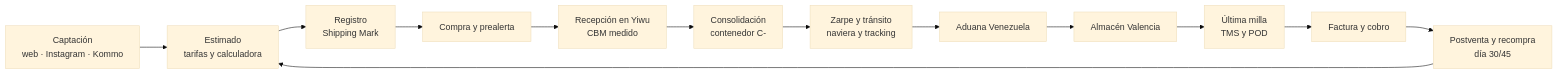
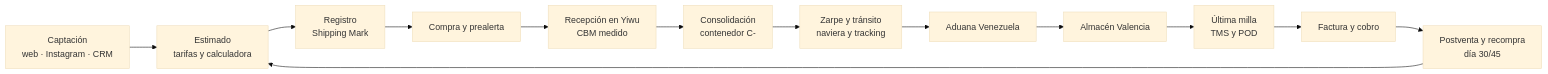
The first of 3 diagrams in docs/organizacion/organigrama-paperclip.md (SoftAgentes/DTDCARGO), drawn with Mermaid (base theme) before and after one commit. The commit also changed other lines of this file and 1 other file, not shown here.

First line of the commit message:
docs(organizacion): la transición del CRM a GoHighLevel entra al organigrama

````diff
--- a/docs/organizacion/organigrama-paperclip.md
+++ b/docs/organizacion/organigrama-paperclip.md
@@ -86,15 +89,15 @@
 ```mermaid
 flowchart LR
-  A["Captación<br/>web · Instagram · Kommo"] --> B["Estimado<br/>tarifas y calculadora"]
+  A["Captación<br/>web · Instagram · CRM"] --> B["Estimado<br/>tarifas y calculadora"]
   B --> C["Registro<br/>Shipping Mark"]
   C --> D["Compra y prealerta"]
   D --> E["Recepción en Yiwu<br/>CBM medido"]
   E --> F["Consolidación<br/>contenedor C-"]
   F --> G["Zarpe y tránsito<br/>naviera y tracking"]
   G --> H["Aduana Venezuela"]
   H --> I["Almacén Valencia"]
   I --> J["Última milla<br/>TMS y POD"]
   J --> K["Factura y cobro"]
   K --> L["Postventa y recompra<br/>día 30/45"]
   L --> B
 ```
````
